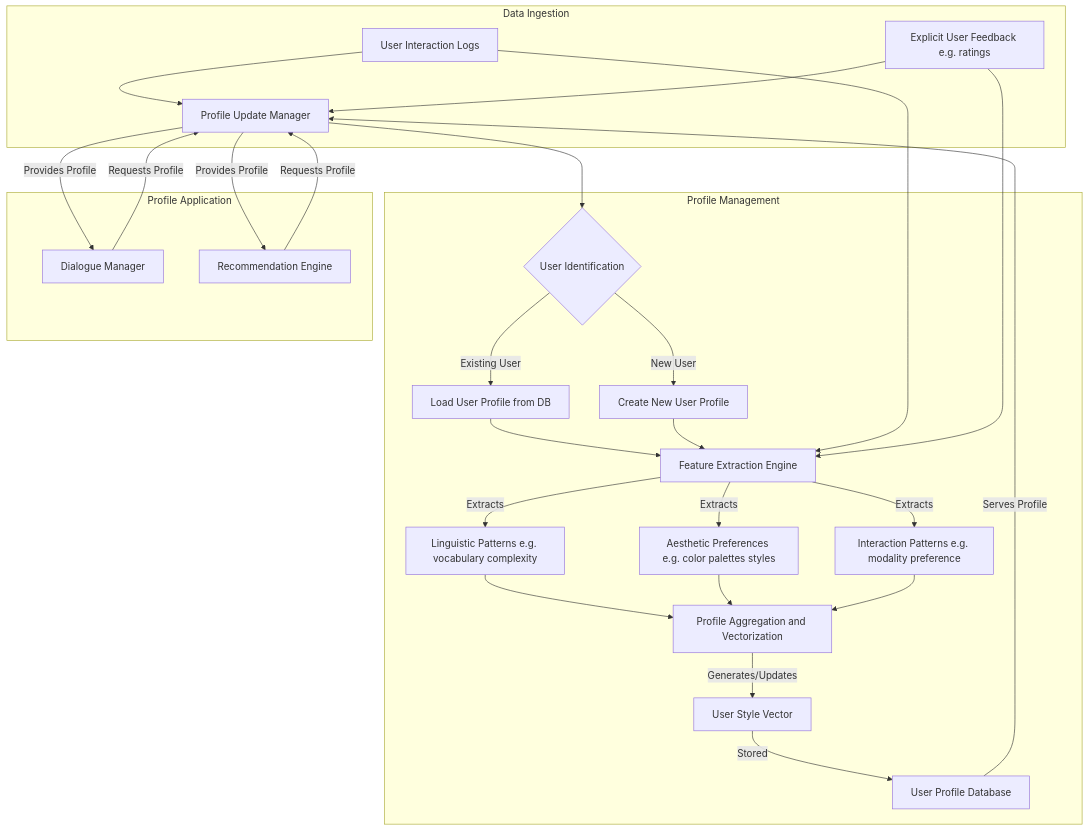
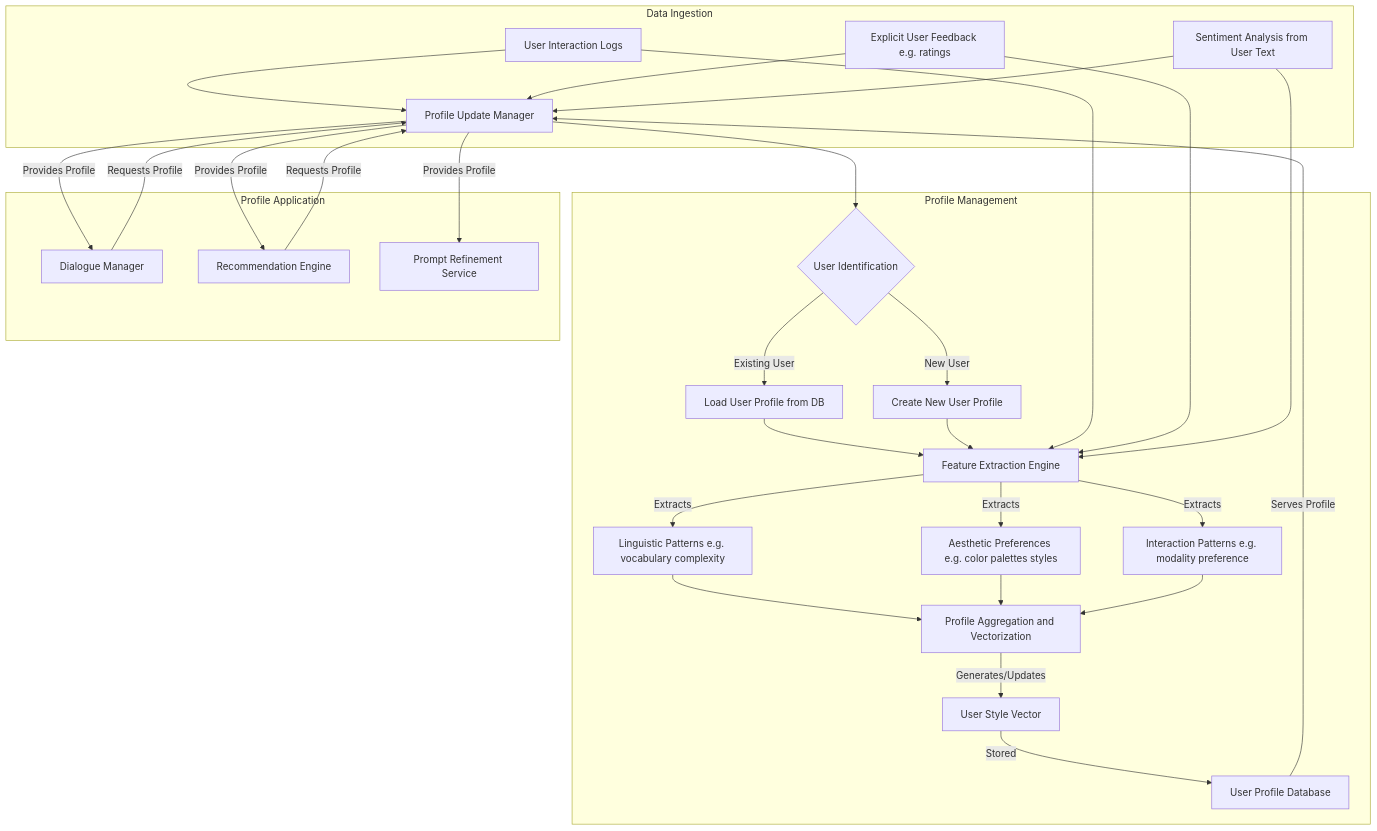
Before and after one commit to diplomat-bit/Citibank_Demo_Business_Inc_Demonstration-: the sixth of 10 diagrams in inventions/003_narrative_generative_image_editing/004_conversational_ai_design_co_creation.md, drawn with Mermaid. The commit also changed other lines of this file, not shown here.

````diff
--- a/inventions/003_narrative_generative_image_editing/004_conversational_ai_design_co_creation.md
+++ b/inventions/003_narrative_generative_image_editing/004_conversational_ai_design_co_creation.md
@@ -230,28 +245,30 @@
 ```mermaid
 graph TD
     subgraph Data Ingestion
         A[User Interaction Logs] --> C
         B[Explicit User Feedback e.g. ratings] --> C
+        D[Sentiment Analysis from User Text] --> C
     end
     subgraph Profile Management
-        C[Profile Update Manager] --> D{User Identification}
-        D -- Existing User --> E[Load User Profile from DB]
-        D -- New User --> F[Create New User Profile]
-        E --> G[Feature Extraction Engine]
-        F --> G
-        A & B --> G
-        G -- Extracts --> H1[Linguistic Patterns e.g. vocabulary complexity]
-        G -- Extracts --> H2[Aesthetic Preferences e.g. color palettes styles]
-        G -- Extracts --> H3[Interaction Patterns e.g. modality preference]
-        H1 & H2 & H3 --> I[Profile Aggregation and Vectorization]
-        I -- Generates/Updates --> J[User Style Vector]
-        J -- Stored --> K[User Profile Database]
+        C[Profile Update Manager] --> E{User Identification}
+        E -- Existing User --> F[Load User Profile from DB]
+        E -- New User --> G[Create New User Profile]
+        F --> H[Feature Extraction Engine]
+        G --> H
+        A & B & D --> H
+        H -- Extracts --> I1[Linguistic Patterns e.g. vocabulary complexity]
+        H -- Extracts --> I2[Aesthetic Preferences e.g. color palettes styles]
+        H -- Extracts --> I3[Interaction Patterns e.g. modality preference]
+        I1 & I2 & I3 --> J[Profile Aggregation and Vectorization]
+        J -- Generates/Updates --> K[User Style Vector]
+        K -- Stored --> L[User Profile Database]
     end
     subgraph Profile Application
-        L[Dialogue Manager] -- Requests Profile --> C
-        M[Recommendation Engine] -- Requests Profile --> C
-        K -- Serves Profile --> C
-        C -- Provides Profile --> L
+        M[Dialogue Manager] -- Requests Profile --> C
+        N[Recommendation Engine] -- Requests Profile --> C
+        L -- Serves Profile --> C
         C -- Provides Profile --> M
+        C -- Provides Profile --> N
+        C -- Provides Profile --> P[Prompt Refinement Service]
     end
 ```
````
